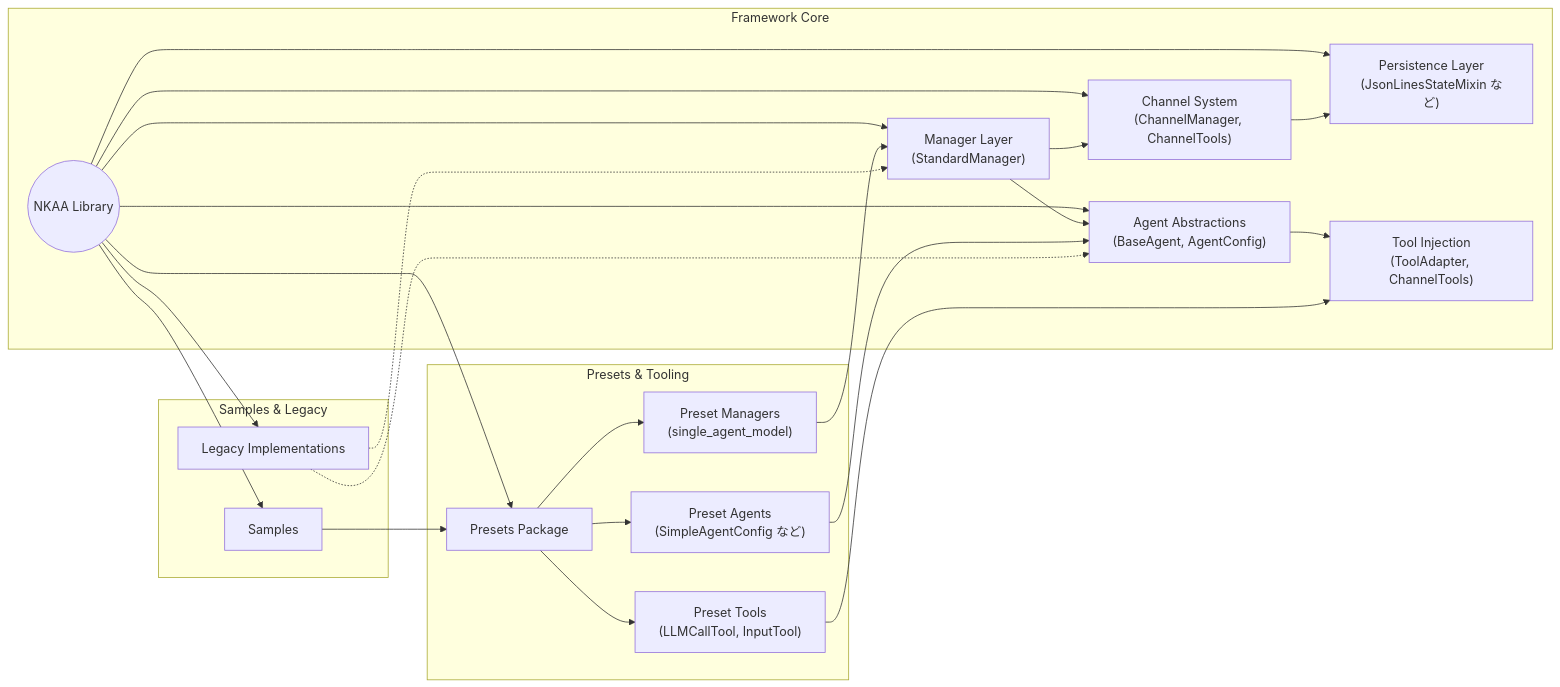
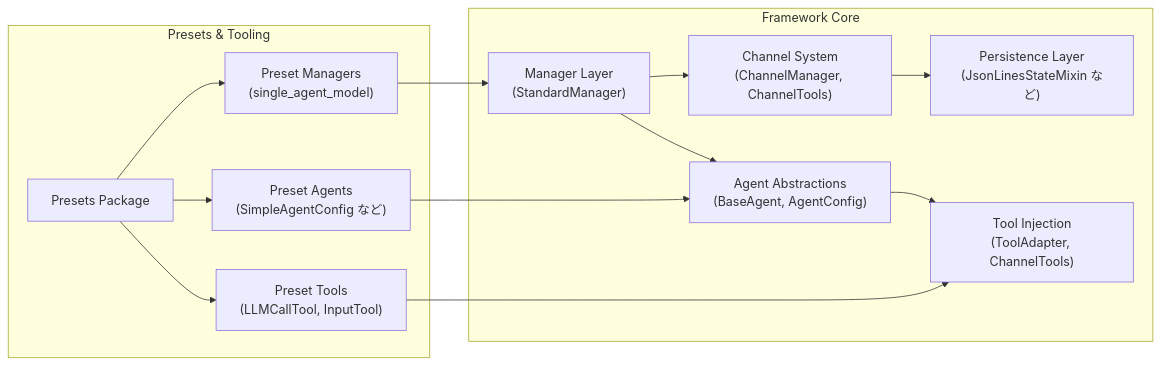
Before and after one commit to n-kats/ai-agents: the diagram in docs/library_structure.md, drawn with Mermaid. The commit also changed other lines of this file and 5 other files, not shown here.

````diff
--- a/docs/library_structure.md
+++ b/docs/library_structure.md
@@ -7,33 +7,27 @@
 ```mermaid
 graph LR
-    library((NKAA Library))
-
     subgraph Framework Core
-        library --> agent_api["Agent Abstractions<br/>(BaseAgent, AgentConfig)"]
-        library --> manager_api["Manager Layer<br/>(StandardManager)"]
-        library --> channel_api["Channel System<br/>(ChannelManager, ChannelTools)"]
-        library --> persistence_api["Persistence Layer<br/>(JsonLinesStateMixin など)"]
-        agent_api --> tool_injection["Tool Injection<br/>(ToolAdapter, ChannelTools)"]
+        agent_api["Agent Abstractions<br/>(BaseAgent, AgentConfig)"]
+        manager_api["Manager Layer<br/>(StandardManager)"]
+        channel_api["Channel System<br/>(ChannelManager, ChannelTools)"]
+        persistence_api["Persistence Layer<br/>(JsonLinesStateMixin など)"]
+        tool_injection["Tool Injection<br/>(ToolAdapter, ChannelTools)"]
         manager_api --> agent_api
         manager_api --> channel_api
         channel_api --> persistence_api
+        agent_api --> tool_injection
     end
 
     subgraph Presets & Tooling
-        library --> presets["Presets Package"]
-        presets --> preset_agents["Preset Agents<br/>(SimpleAgentConfig など)"]
-        presets --> preset_tools["Preset Tools<br/>(LLMCallTool, InputTool)"]
-        presets --> preset_managers["Preset Managers<br/>(single_agent_model)"]
+        presets["Presets Package"]
+        preset_agents["Preset Agents<br/>(SimpleAgentConfig など)"]
+        preset_tools["Preset Tools<br/>(LLMCallTool, InputTool)"]
+        preset_managers["Preset Managers<br/>(single_agent_model)"]
+        presets --> preset_agents
+        presets --> preset_tools
+        presets --> preset_managers
         preset_managers --> manager_api
         preset_agents --> agent_api
         preset_tools --> tool_injection
     end
-
-    subgraph Samples & Legacy
-        library --> samples["Samples"]
-        samples --> presets
-        library --> legacy["Legacy Implementations"]
-        legacy -.-> manager_api
-        legacy -.-> agent_api
-    end
 ```
````
